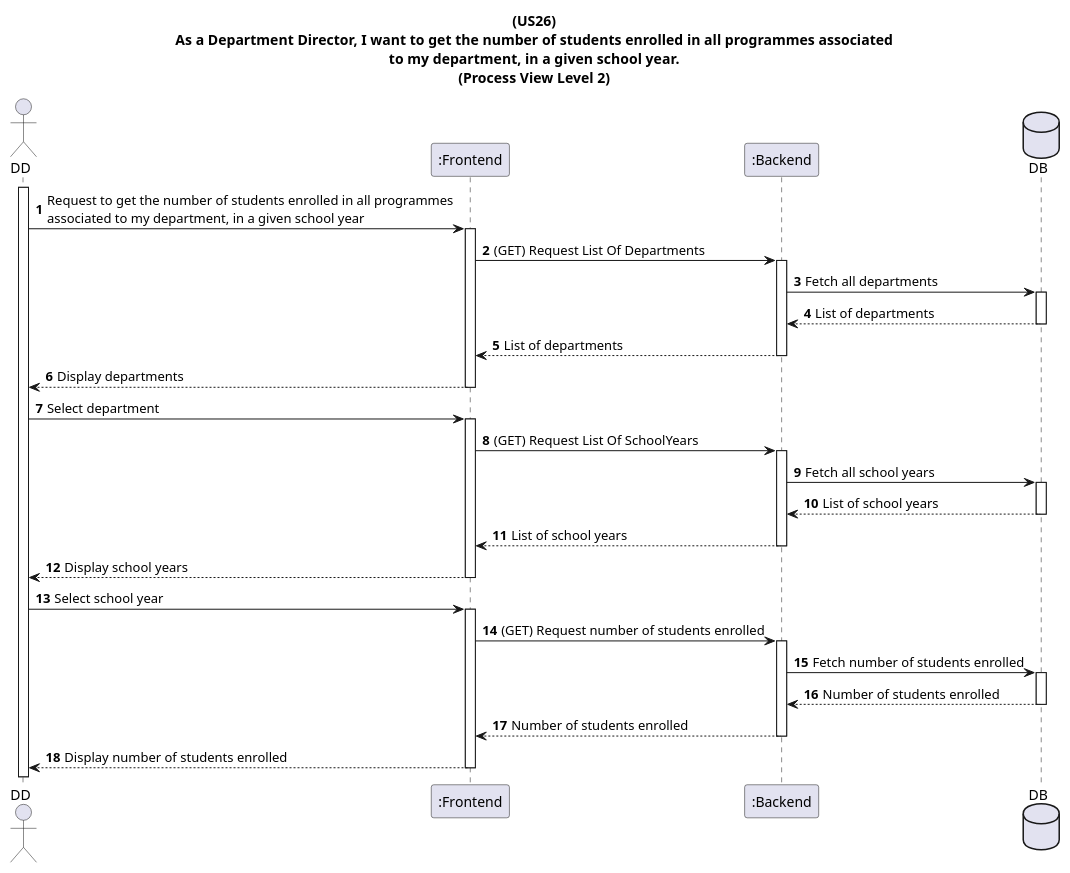
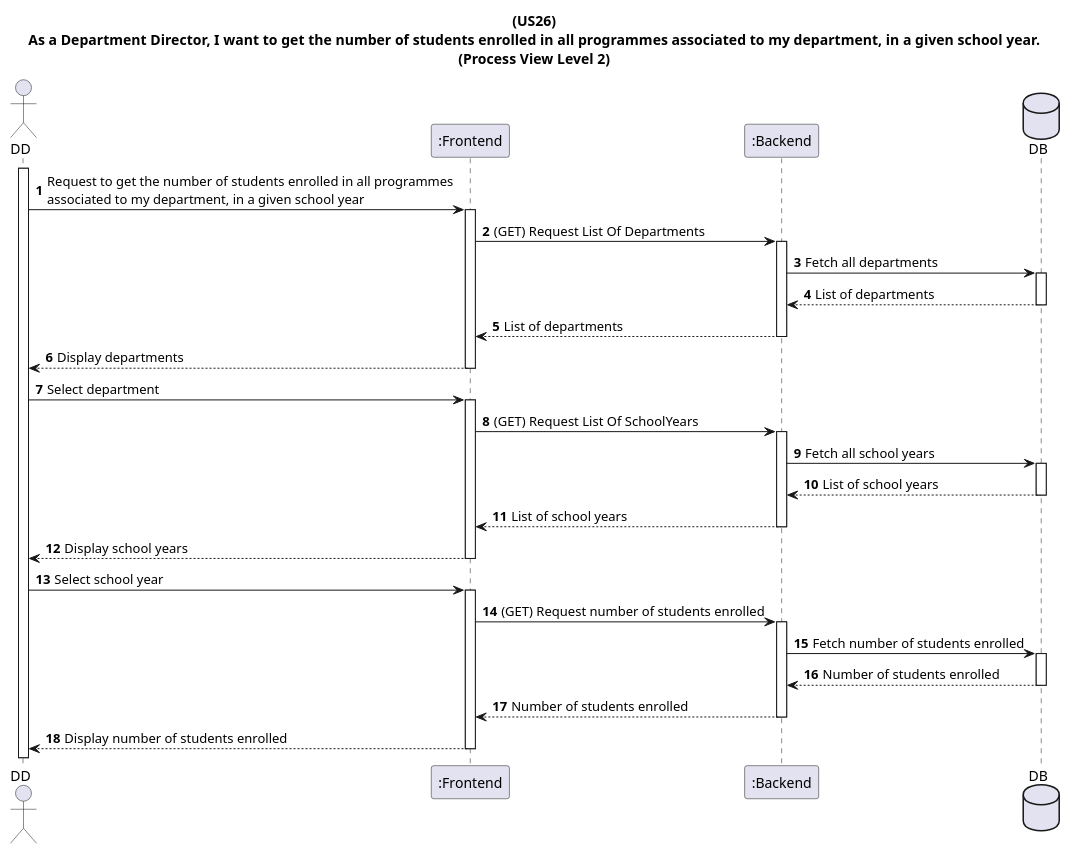
The diagram in docs/US26/Sprint6_RestAPI/ProcessView/Level2ContainerContext.puml (GasparISEP/DevOps-PAI), drawn with PlantUML before and after one commit. The commit also changed 1 other file, not shown here.

Commit message:
docs: add Level3 Component Context sequence diagram to ProcessView. Refs #572

```diff
--- a/docs/US26/Sprint6_RestAPI/ProcessView/Level2ContainerContext.puml
+++ b/docs/US26/Sprint6_RestAPI/ProcessView/Level2ContainerContext.puml
@@ -1,30 +1,30 @@
 @startuml
-title: (US26)\nAs a Department Director, I want to get the number of students enrolled in all programmes associated\nto my department, in a given school year.\n(Process View Level 2)
+title: (US26)\nAs a Department Director, I want to get the number of students enrolled in all programmes associated to my department, in a given school year.\n(Process View Level 2)
 
 actor DD
 participant ":Frontend" as FE
 participant ":Backend" as BE
 database DB
 
 autonumber
 
 activate DD
 DD -> FE++: Request to get the number of students enrolled in all programmes\nassociated to my department, in a given school year
 FE -> BE++: (GET) Request List Of Departments
 BE -> DB++: Fetch all departments
 DB --> BE--: List of departments
 BE --> FE--: List of departments
 FE --> DD--: Display departments
 DD -> FE++: Select department
 FE -> BE++: (GET) Request List Of SchoolYears
 BE -> DB++: Fetch all school years
 DB --> BE--: List of school years
 BE --> FE--: List of school years
 FE --> DD--: Display school years
 DD -> FE++: Select school year
 FE -> BE++: (GET) Request number of students enrolled
 BE -> DB++: Fetch number of students enrolled
 DB --> BE--: Number of students enrolled
 BE --> FE--: Number of students enrolled
 FE --> DD--: Display number of students enrolled
 @enduml
```
